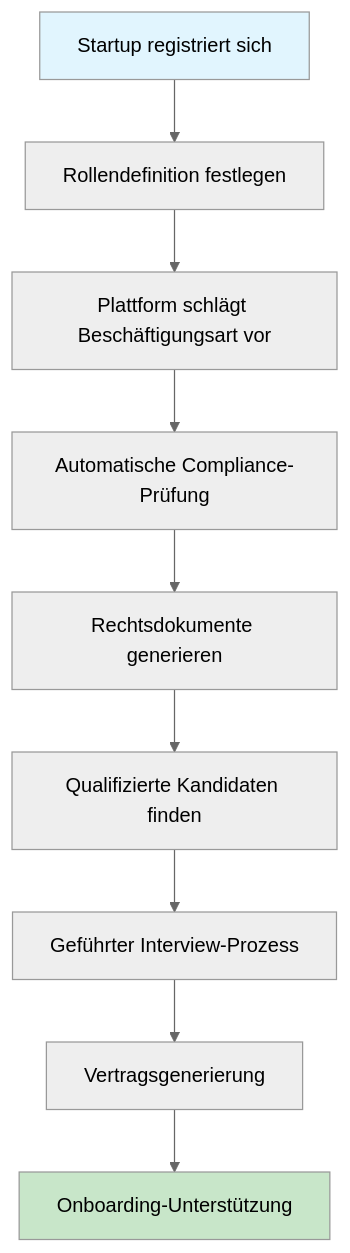
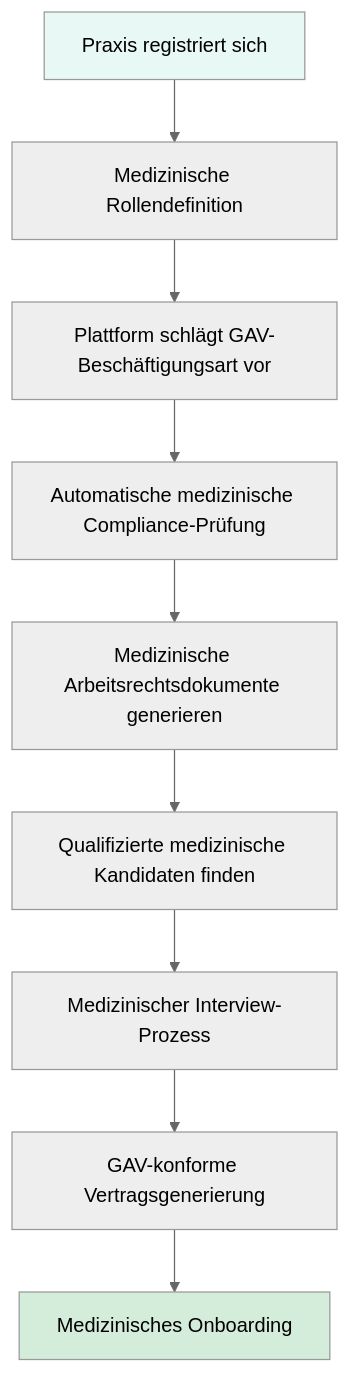
Before and after one commit to 3Stones-io/bemeda_personal: the second of 13 diagrams in docs/requirements-analysis/user-stories_de.md, drawn with Mermaid (neutral theme). The commit also changed other lines of this file and 1 other file, not shown here.

````diff
--- a/docs/requirements-analysis/user-stories_de.md
+++ b/docs/requirements-analysis/user-stories_de.md
@@ -60,14 +68,14 @@
 ```mermaid
 flowchart TD
-    A[Startup registriert sich] --> B[Rollendefinition festlegen]
-    B --> C[Plattform schlägt Beschäftigungsart vor]
-    C --> D[Automatische Compliance-Prüfung]
-    D --> E[Rechtsdokumente generieren]
-    E --> F[Qualifizierte Kandidaten finden]
-    F --> G[Geführter Interview-Prozess]
-    G --> H[Vertragsgenerierung]
-    H --> I[Onboarding-Unterstützung]
+    A[Praxis registriert sich] --> B[Medizinische Rollendefinition]
+    B --> C[Plattform schlägt GAV-Beschäftigungsart vor]
+    C --> D[Automatische medizinische Compliance-Prüfung]
+    D --> E[Medizinische Arbeitsrechtsdokumente generieren]
+    E --> F[Qualifizierte medizinische Kandidaten finden]
+    F --> G[Medizinischer Interview-Prozess]
+    G --> H[GAV-konforme Vertragsgenerierung]
+    H --> I[Medizinisches Onboarding]
     
-    style A fill:#e1f5fe
-    style I fill:#c8e6c9
+    style A fill:#e8f8f5
+    style I fill:#d4edda
 ```
````
